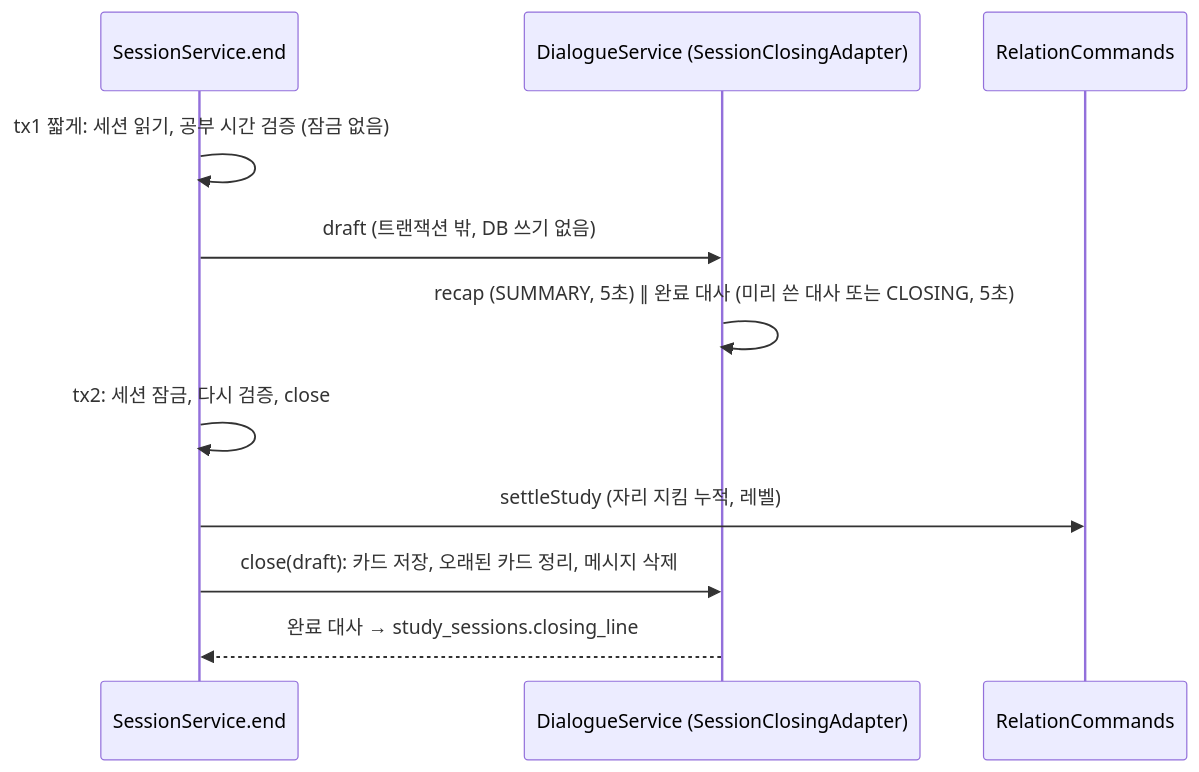
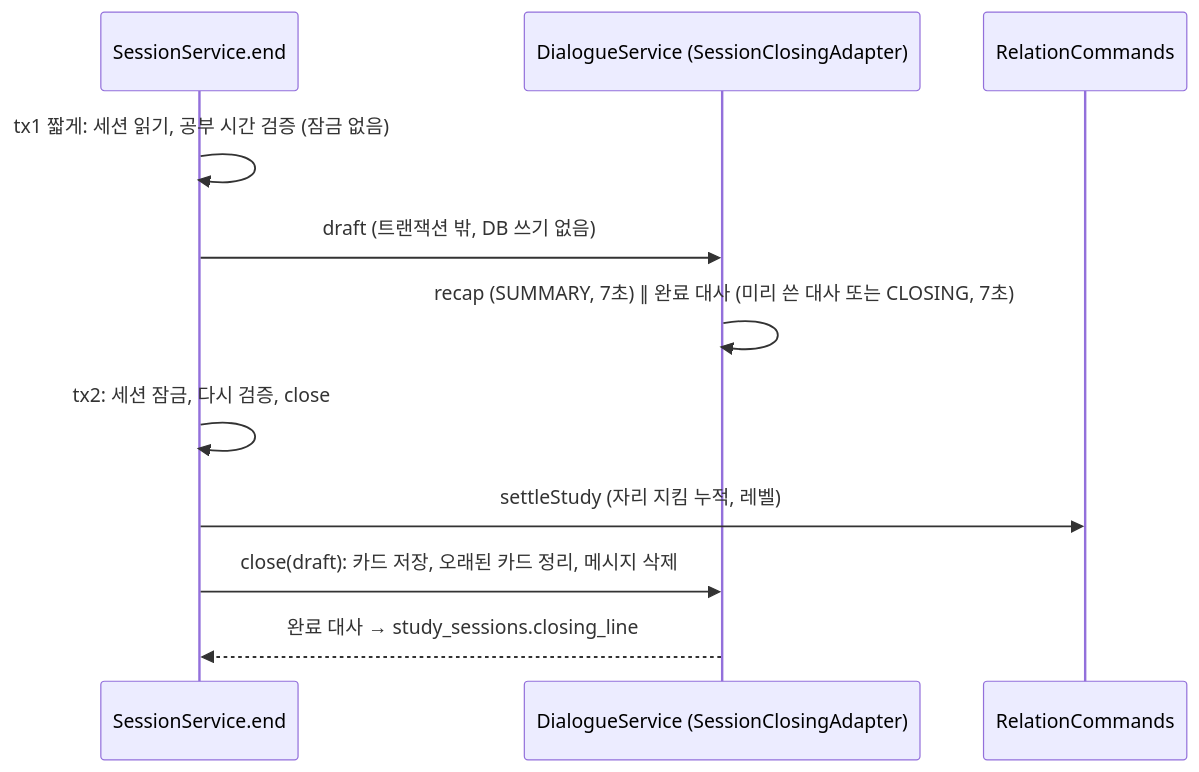
Before and after one commit to LIKELION-CAPSULE/Backend_lab: the third of 3 diagrams in docs/ARCHITECTURE.md, drawn with Mermaid. The commit also changed other lines of this file and 40 other files, not shown here.

````diff
--- a/docs/ARCHITECTURE.md
+++ b/docs/ARCHITECTURE.md
@@ -358,13 +359,13 @@
 ```mermaid
 sequenceDiagram
   participant SS as SessionService.end
   participant D as DialogueService (SessionClosingAdapter)
   participant Rel as RelationCommands
   SS->>SS: tx1 짧게: 세션 읽기, 공부 시간 검증 (잠금 없음)
   SS->>D: draft (트랜잭션 밖, DB 쓰기 없음)
-  D->>D: recap (SUMMARY, 5초) ∥ 완료 대사 (미리 쓴 대사 또는 CLOSING, 5초)
+  D->>D: recap (SUMMARY, 7초) ∥ 완료 대사 (미리 쓴 대사 또는 CLOSING, 7초)
   SS->>SS: tx2: 세션 잠금, 다시 검증, close
   SS->>Rel: settleStudy (자리 지킴 누적, 레벨)
   SS->>D: close(draft): 카드 저장, 오래된 카드 정리, 메시지 삭제
   D-->>SS: 완료 대사 → study_sessions.closing_line
 ```
````
